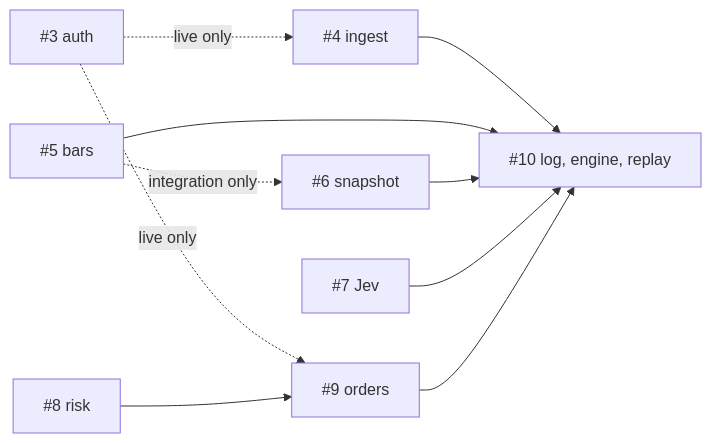
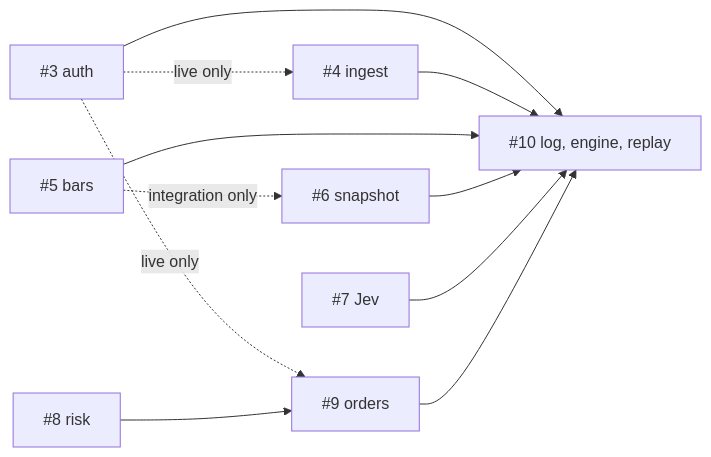
One commit to sanjeev2040/jev-trader changed the second of 2 diagrams in reports/0002-architecture.md. Above: the diagram before and after it, drawn with Mermaid. The commit also changed other lines of this file, not shown here.

````diff
--- a/reports/0002-architecture.md
+++ b/reports/0002-architecture.md
@@ -302,12 +302,13 @@
 ```mermaid
 flowchart LR
   I3["#3 auth"] -. live only .-> I4["#4 ingest"]
   I3 -. live only .-> I9
+  I3 --> I10
   I4 --> I10
   I5["#5 bars"] -. integration only .-> I6["#6 snapshot"]
   I5 --> I10
   I6 --> I10["#10 log, engine, replay"]
   I7["#7 Jev"] --> I10
   I8["#8 risk"] --> I9["#9 orders"]
   I9 --> I10
 ```
````
